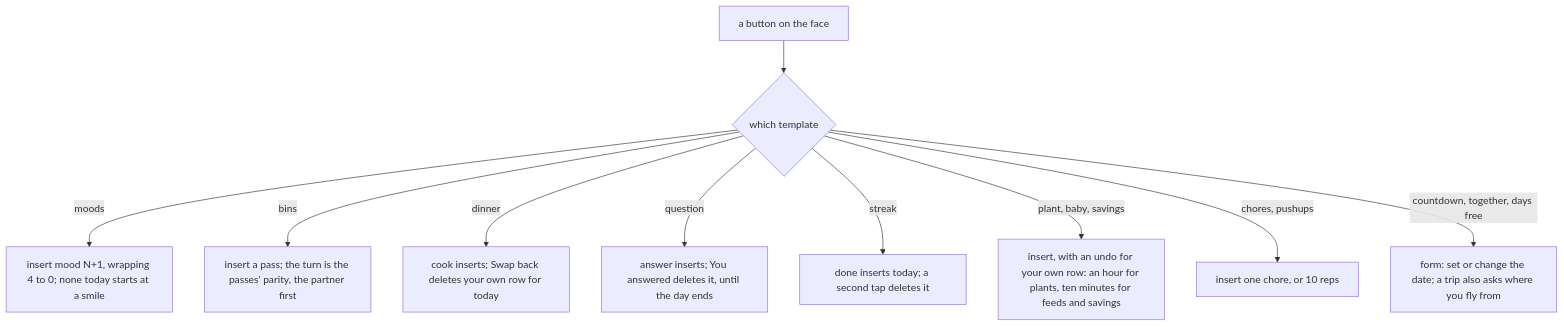
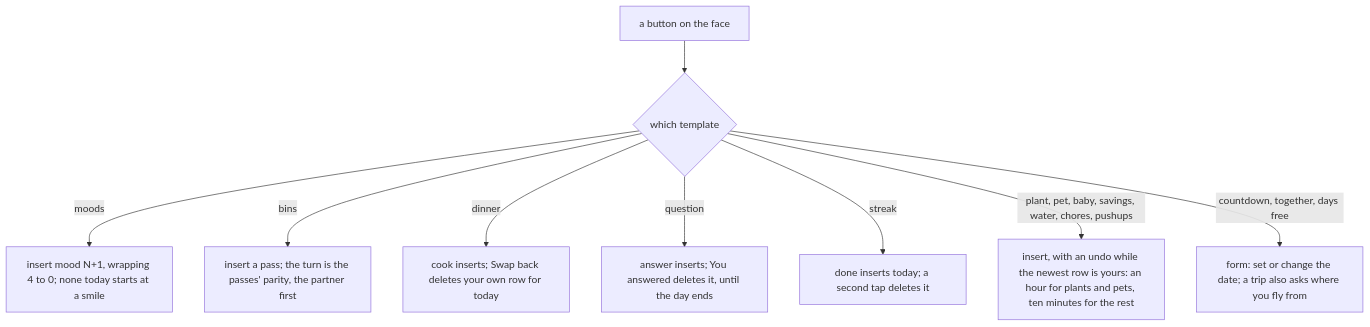
Before and after one commit to Krutik460/Widgie: the second of 3 diagrams in docs/pr/18-app-shell-u4-content.md, drawn with Mermaid. The commit also changed other lines of this file and 1 other file, not shown here.

````diff
--- a/docs/pr/18-app-shell-u4-content.md
+++ b/docs/pr/18-app-shell-u4-content.md
@@ -51,12 +64,11 @@
 ```mermaid
 flowchart TD
   TAP["a button on the face"] --> ACT{"which template"}
   ACT -->|"moods"| MOOD["insert mood N+1, wrapping 4 to 0; none today starts at a smile"]
   ACT -->|"bins"| PASS["insert a pass; the turn is the passes' parity, the partner first"]
   ACT -->|"dinner"| COOK["cook inserts; Swap back deletes your own row for today"]
   ACT -->|"question"| ANS["answer inserts; You answered deletes it, until the day ends"]
   ACT -->|"streak"| STREAK["done inserts today; a second tap deletes it"]
-  ACT -->|"plant, baby, savings"| UNDO["insert, with an undo for your own row: an hour for plants, ten minutes for feeds and savings"]
-  ACT -->|"chores, pushups"| COUNT["insert one chore, or 10 reps"]
+  ACT -->|"plant, pet, baby, savings, water, chores, pushups"| UNDO["insert, with an undo while the newest row is yours: an hour for plants and pets, ten minutes for the rest"]
   ACT -->|"countdown, together, days free"| FORM["form: set or change the date; a trip also asks where you fly from"]
 ```
````
